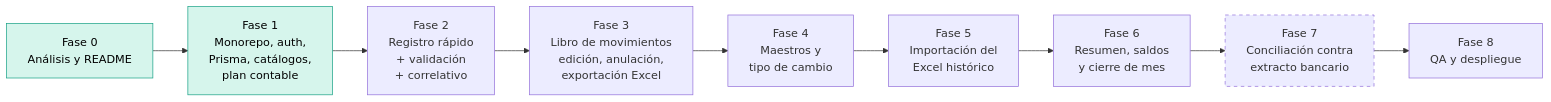
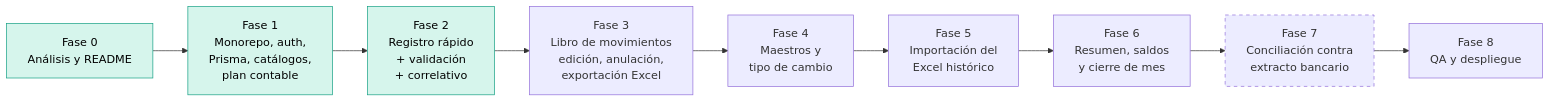
One commit to Jose27luis/conciliacion-bancaria changed diagram 15 of 15 in README.md. Above: the diagram before and after it, drawn with Mermaid. The commit also changed other lines of this file, not shown here.

````diff
--- a/README.md
+++ b/README.md
@@ -801,15 +787,16 @@
 ```mermaid
 flowchart LR
     F0[Fase 0<br/>Análisis y README] --> F1
     F1[Fase 1<br/>Monorepo, auth,<br/>Prisma, catálogos,<br/>plan contable] --> F2
     F2[Fase 2<br/>Registro rápido<br/>+ validación<br/>+ correlativo] --> F3
     F3[Fase 3<br/>Libro de movimientos<br/>edición, anulación,<br/>exportación Excel] --> F4
     F4[Fase 4<br/>Maestros y<br/>tipo de cambio] --> F5
     F5[Fase 5<br/>Importación del<br/>Excel histórico] --> F6
     F6[Fase 6<br/>Resumen, saldos<br/>y cierre de mes] --> F7
     F7[Fase 7<br/>Conciliación contra<br/>extracto bancario] --> F8[Fase 8<br/>QA y despliegue]
 
     style F0 fill:#d6f5ec,stroke:#16a085,color:#000
     style F1 fill:#d6f5ec,stroke:#16a085,color:#000
+    style F2 fill:#d6f5ec,stroke:#16a085,color:#000
     style F7 stroke-dasharray: 5 5
 ```
````
